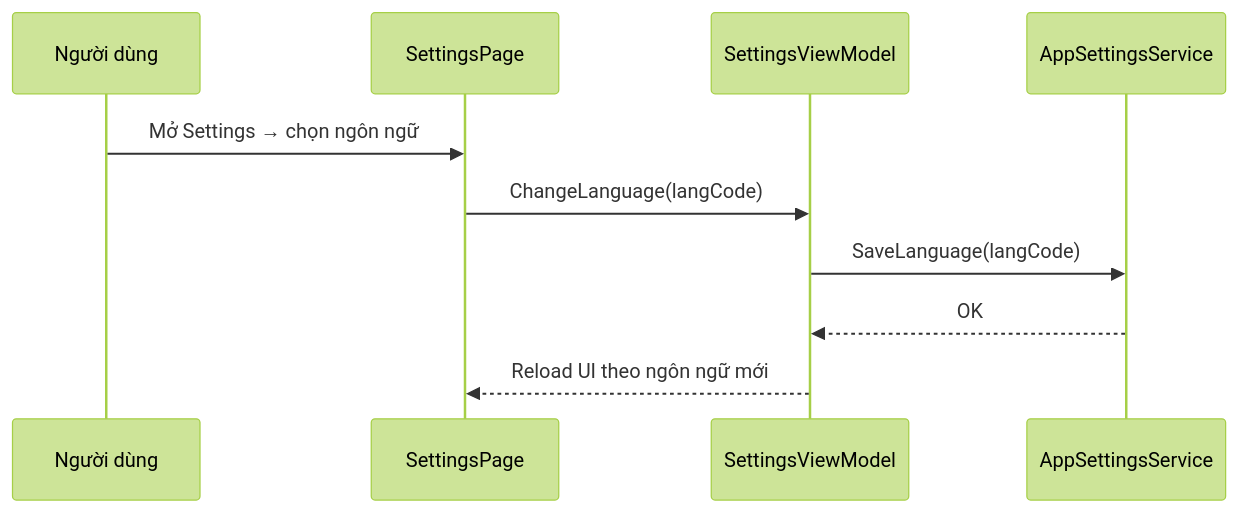
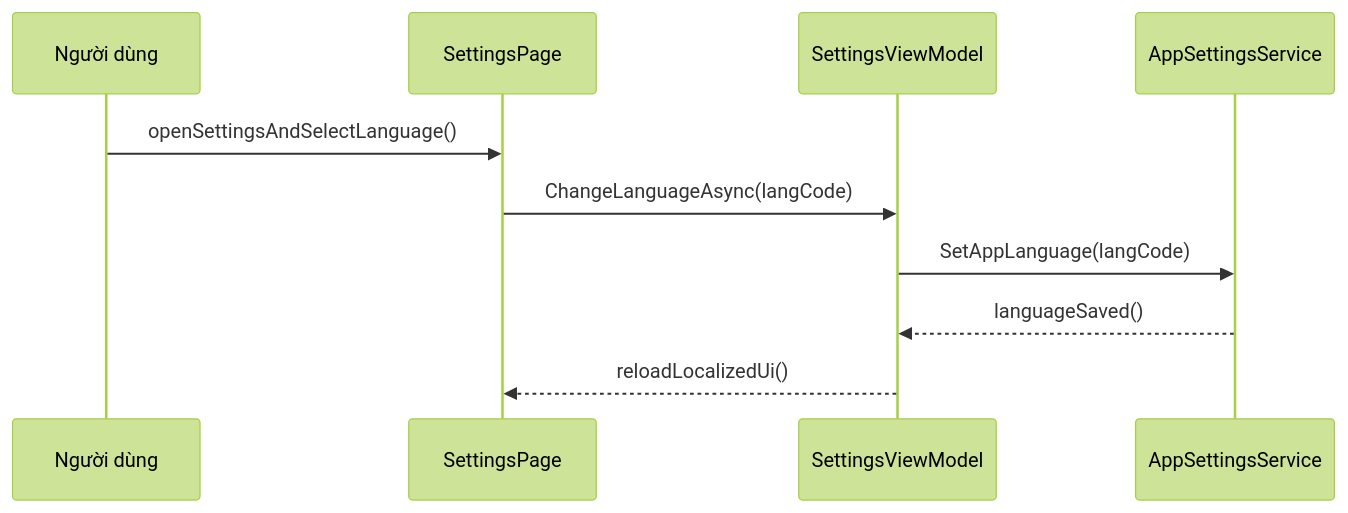
Diagram 18 of 58 in PRD.md (quynhtien1977/AudioGo), drawn with Mermaid (forest theme) before and after one commit. The commit also changed other lines of this file and 2 other files, not shown here.

Commit message:
feat:PRD mới

````diff
--- a/PRD.md
+++ b/PRD.md
@@ -1134,13 +1170,13 @@
 ```mermaid
 sequenceDiagram
     participant User as Người dùng
     participant SettingsPage
     participant SettingsVM as SettingsViewModel
     participant AppSettings as AppSettingsService
 
-    User ->> SettingsPage: Mở Settings → chọn ngôn ngữ
-    SettingsPage ->> SettingsVM: ChangeLanguage(langCode)
-    SettingsVM ->> AppSettings: SaveLanguage(langCode)
-    AppSettings -->> SettingsVM: OK
-    SettingsVM -->> SettingsPage: Reload UI theo ngôn ngữ mới
+    User ->> SettingsPage: openSettingsAndSelectLanguage()
+    SettingsPage ->> SettingsVM: ChangeLanguageAsync(langCode)
+    SettingsVM ->> AppSettings: SetAppLanguage(langCode)
+    AppSettings -->> SettingsVM: languageSaved()
+    SettingsVM -->> SettingsPage: reloadLocalizedUi()
 ```
````
